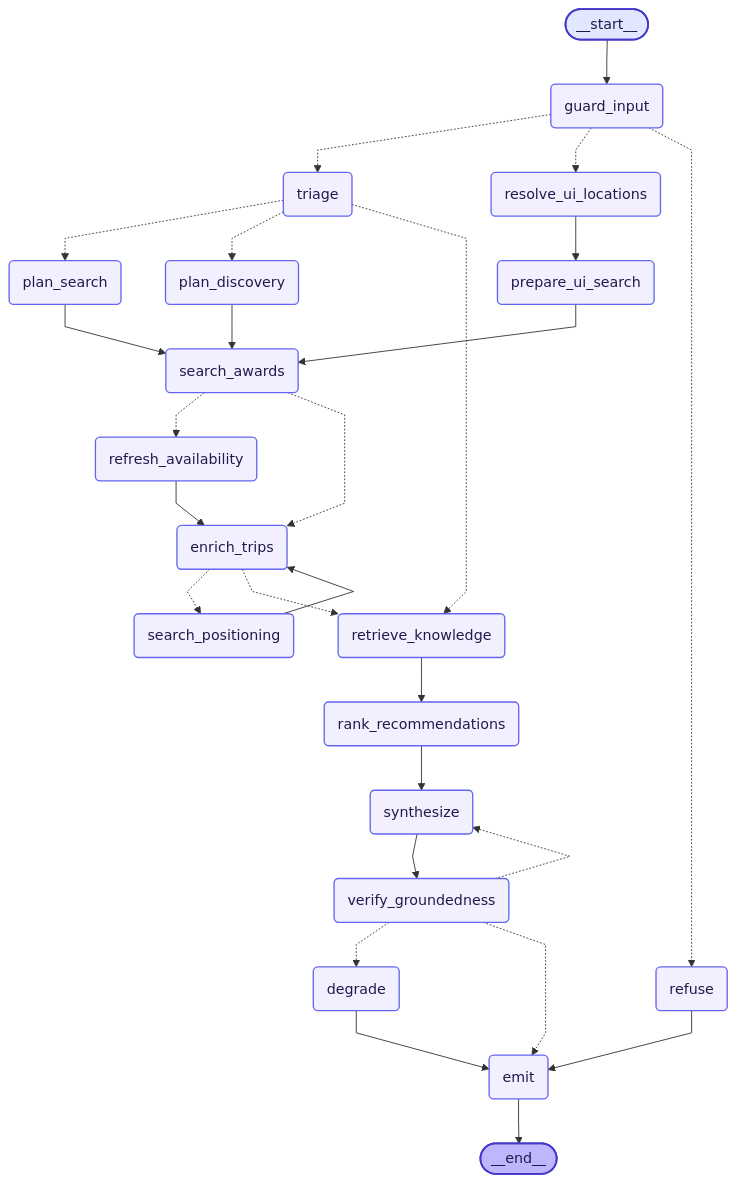
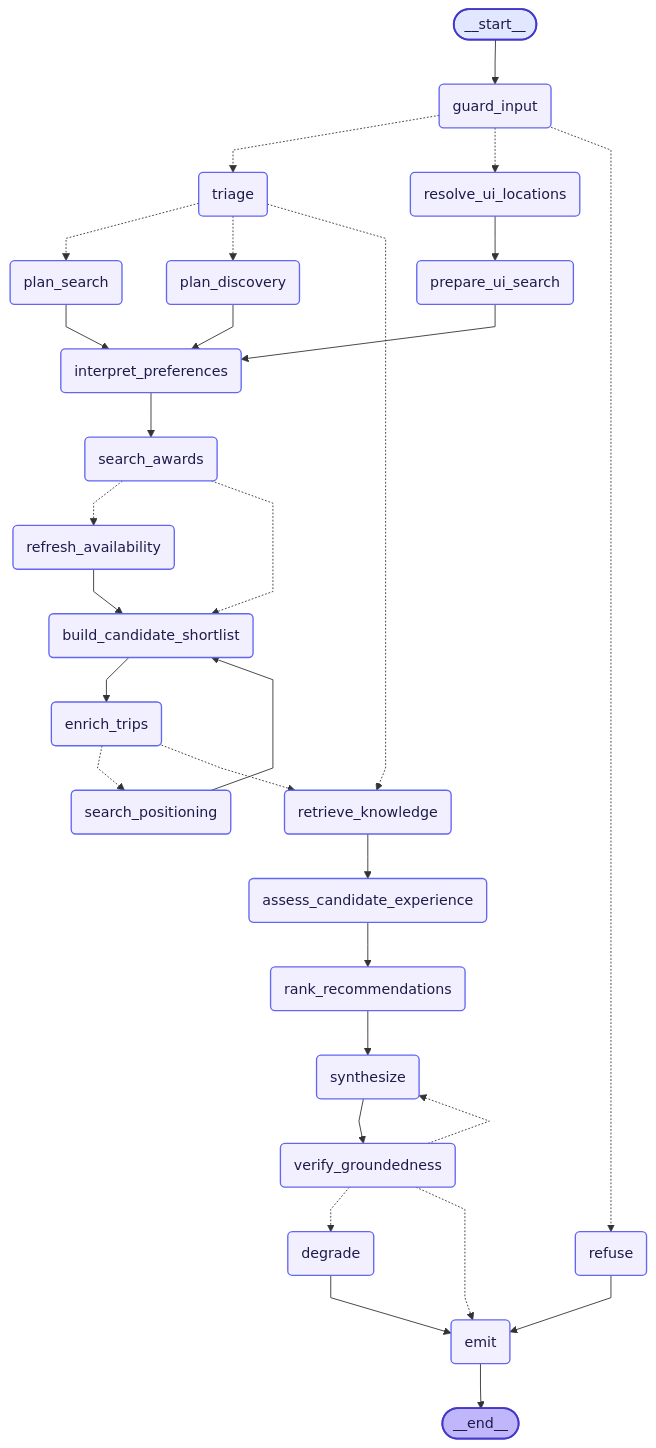
One commit to david-vest/award-travel-agent changed the diagram in docs/graph.md. Above: the diagram before and after it, drawn with Mermaid. The commit also changed 41 other files, not shown here.

Commit message:
feat: implement evidence-based candidate assessment and expand knowledge base frontmatter dimensions

````diff
--- a/docs/graph.md
+++ b/docs/graph.md
@@ -5,52 +5,58 @@
 ```mermaid
 %%{init: {'flowchart': {'curve': 'linear'}}}%%
 graph TD;
 	__start__([<p>__start__</p>]):::first
 	guard_input(guard_input)
 	refuse(refuse)
 	triage(triage)
 	resolve_ui_locations(resolve_ui_locations)
 	prepare_ui_search(prepare_ui_search)
 	plan_search(plan_search)
 	plan_discovery(plan_discovery)
 	search_awards(search_awards)
 	search_positioning(search_positioning)
+	interpret_preferences(interpret_preferences)
+	build_candidate_shortlist(build_candidate_shortlist)
 	enrich_trips(enrich_trips)
 	retrieve_knowledge(retrieve_knowledge)
+	assess_candidate_experience(assess_candidate_experience)
 	rank_recommendations(rank_recommendations)
 	synthesize(synthesize)
 	refresh_availability(refresh_availability)
 	verify_groundedness(verify_groundedness)
 	degrade(degrade)
 	emit(emit)
 	__end__([<p>__end__</p>]):::last
 	__start__ --> guard_input;
+	assess_candidate_experience --> rank_recommendations;
+	build_candidate_shortlist --> enrich_trips;
 	degrade --> emit;
 	emit --> __end__;
-	plan_discovery --> search_awards;
-	plan_search --> search_awards;
-	prepare_ui_search --> search_awards;
+	interpret_preferences --> search_awards;
+	plan_discovery --> interpret_preferences;
+	plan_search --> interpret_preferences;
+	prepare_ui_search --> interpret_preferences;
 	rank_recommendations --> synthesize;
-	refresh_availability --> enrich_trips;
+	refresh_availability --> build_candidate_shortlist;
 	refuse --> emit;
 	resolve_ui_locations --> prepare_ui_search;
-	retrieve_knowledge --> rank_recommendations;
-	search_positioning --> enrich_trips;
+	retrieve_knowledge --> assess_candidate_experience;
+	search_positioning --> build_candidate_shortlist;
 	synthesize --> verify_groundedness;
 	guard_input -.-> triage;
 	guard_input -.-> resolve_ui_locations;
 	guard_input -.-> refuse;
 	triage -.-> plan_search;
 	triage -.-> plan_discovery;
 	triage -.-> retrieve_knowledge;
 	search_awards -.-> refresh_availability;
-	search_awards -.-> enrich_trips;
+	search_awards -.-> build_candidate_shortlist;
 	enrich_trips -.-> search_positioning;
 	enrich_trips -.-> retrieve_knowledge;
 	verify_groundedness -.-> synthesize;
 	verify_groundedness -.-> degrade;
 	verify_groundedness -.-> emit;
 	classDef default fill:#f2f0ff,stroke:#6366f1,color:#1e1b4b,stroke-width:1.5px,line-height:1.2;
 	classDef first fill:#e0e7ff,stroke:#4338ca,color:#1e1b4b,stroke-width:2px;
 	classDef last fill:#bfb6fc,stroke:#4338ca,color:#1e1b4b,stroke-width:2px;
 ```
````
